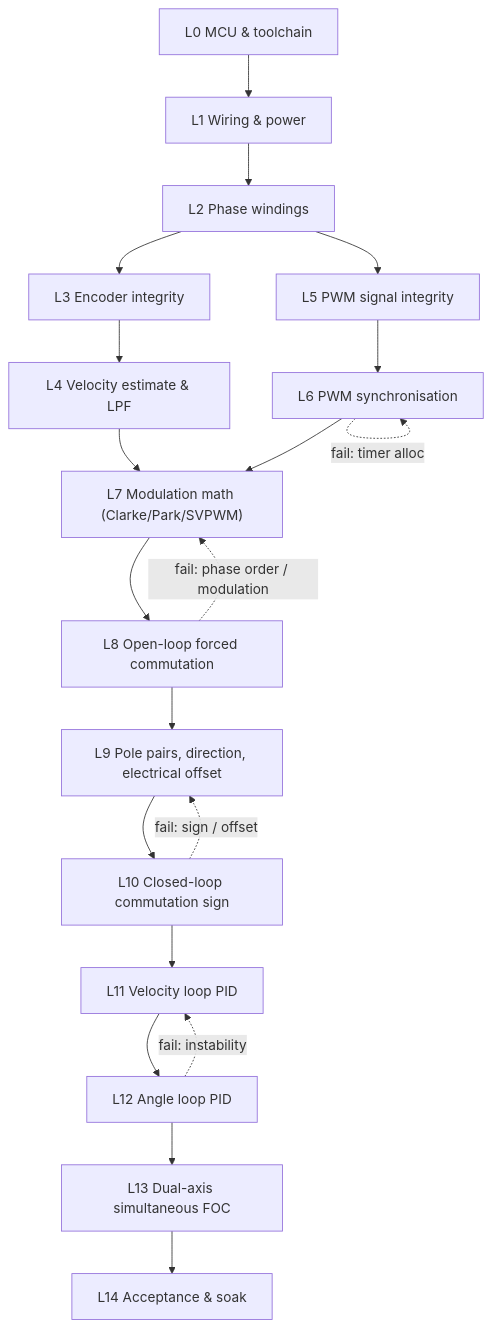
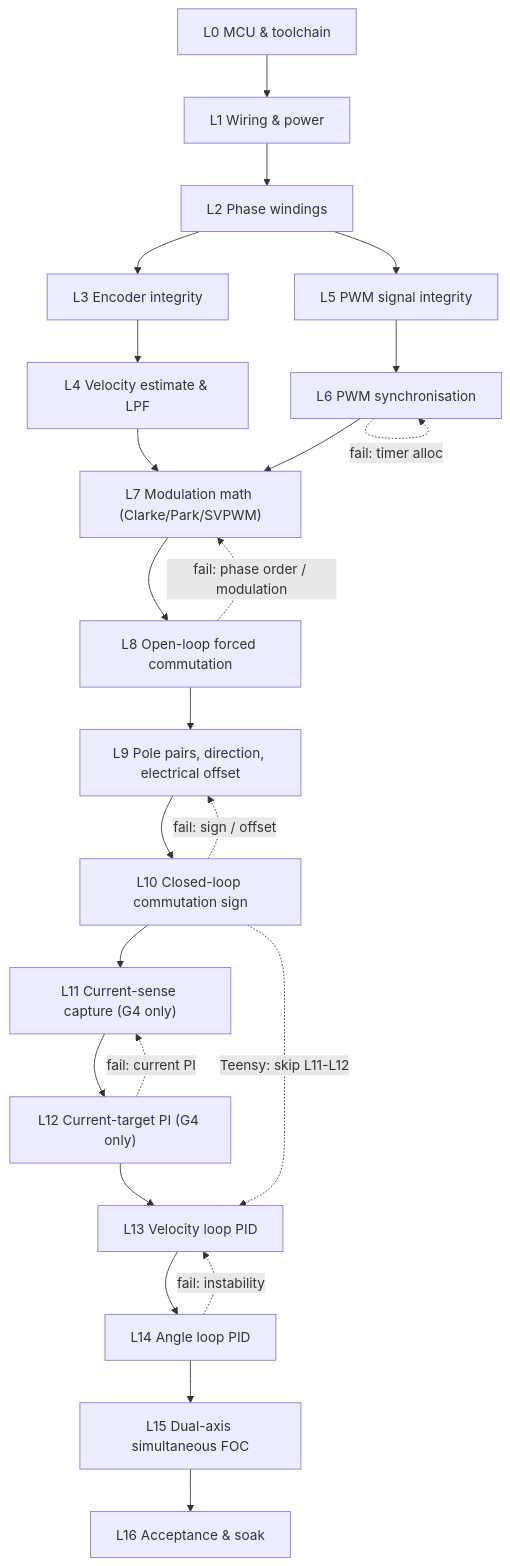
Before and after one commit to Willboydie/lidar_motor: the diagram in docs/FOC_bringup_plan.md, drawn with Mermaid. The commit also changed other lines of this file and 23 other files, not shown here.

````diff
--- a/docs/FOC_bringup_plan.md
+++ b/docs/FOC_bringup_plan.md
@@ -190,23 +195,27 @@
 ```mermaid
 flowchart TD
     L0["L0 MCU & toolchain"] --> L1["L1 Wiring & power"]
     L1 --> L2["L2 Phase windings"]
     L2 --> L3["L3 Encoder integrity"]
     L3 --> L4["L4 Velocity estimate & LPF"]
     L2 --> L5["L5 PWM signal integrity"]
     L5 --> L6["L6 PWM synchronisation"]
     L6 --> L7["L7 Modulation math (Clarke/Park/SVPWM)"]
     L4 --> L7
     L7 --> L8["L8 Open-loop forced commutation"]
     L8 --> L9["L9 Pole pairs, direction, electrical offset"]
     L9 --> L10["L10 Closed-loop commutation sign"]
-    L10 --> L11["L11 Velocity loop PID"]
-    L11 --> L12["L12 Angle loop PID"]
-    L12 --> L13["L13 Dual-axis simultaneous FOC"]
-    L13 --> L14["L14 Acceptance & soak"]
+    L10 --> L11["L11 Current-sense capture (G4 only)"]
+    L11 --> L12["L12 Current-target PI (G4 only)"]
+    L10 -. "Teensy: skip L11-L12" .-> L13
+    L12 --> L13["L13 Velocity loop PID"]
+    L13 --> L14["L14 Angle loop PID"]
+    L14 --> L15["L15 Dual-axis simultaneous FOC"]
+    L15 --> L16["L16 Acceptance & soak"]
 
     L8 -. "fail: phase order / modulation" .-> L7
     L10 -. "fail: sign / offset" .-> L9
-    L12 -. "fail: instability" .-> L11
+    L12 -. "fail: current PI" .-> L11
+    L14 -. "fail: instability" .-> L13
     L6 -. "fail: timer alloc" .-> L6
 ```
````
